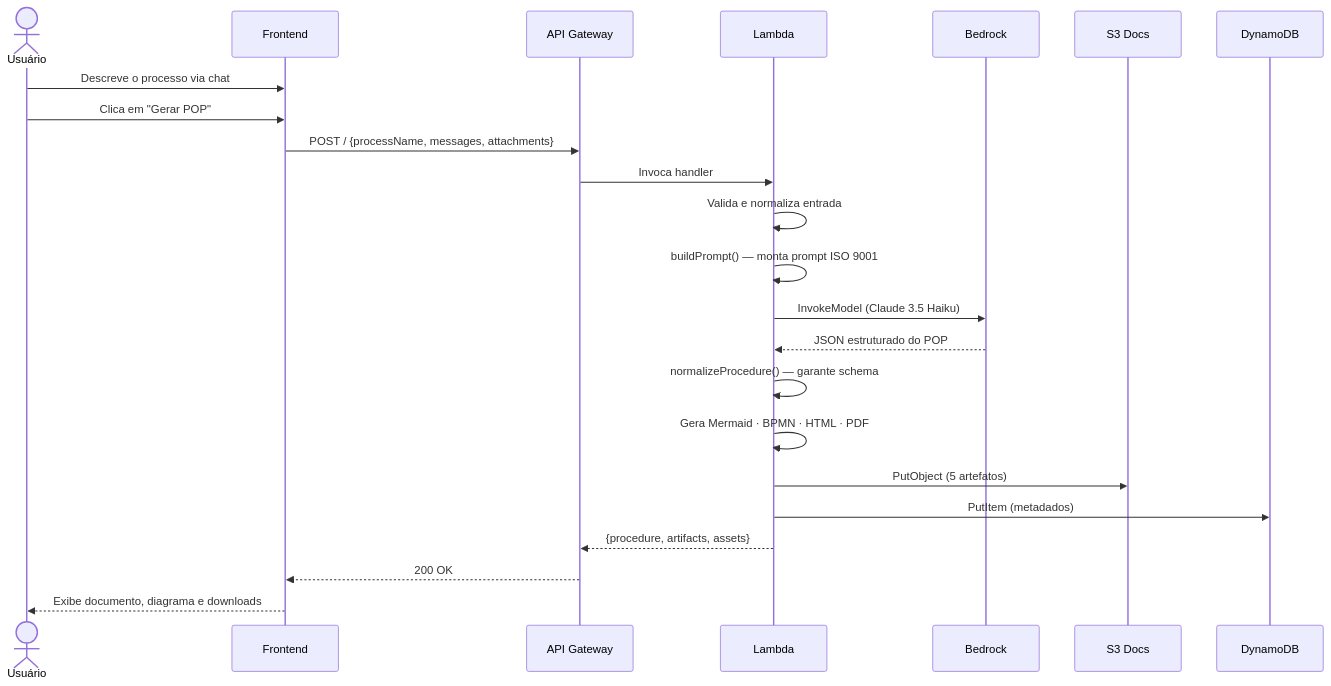
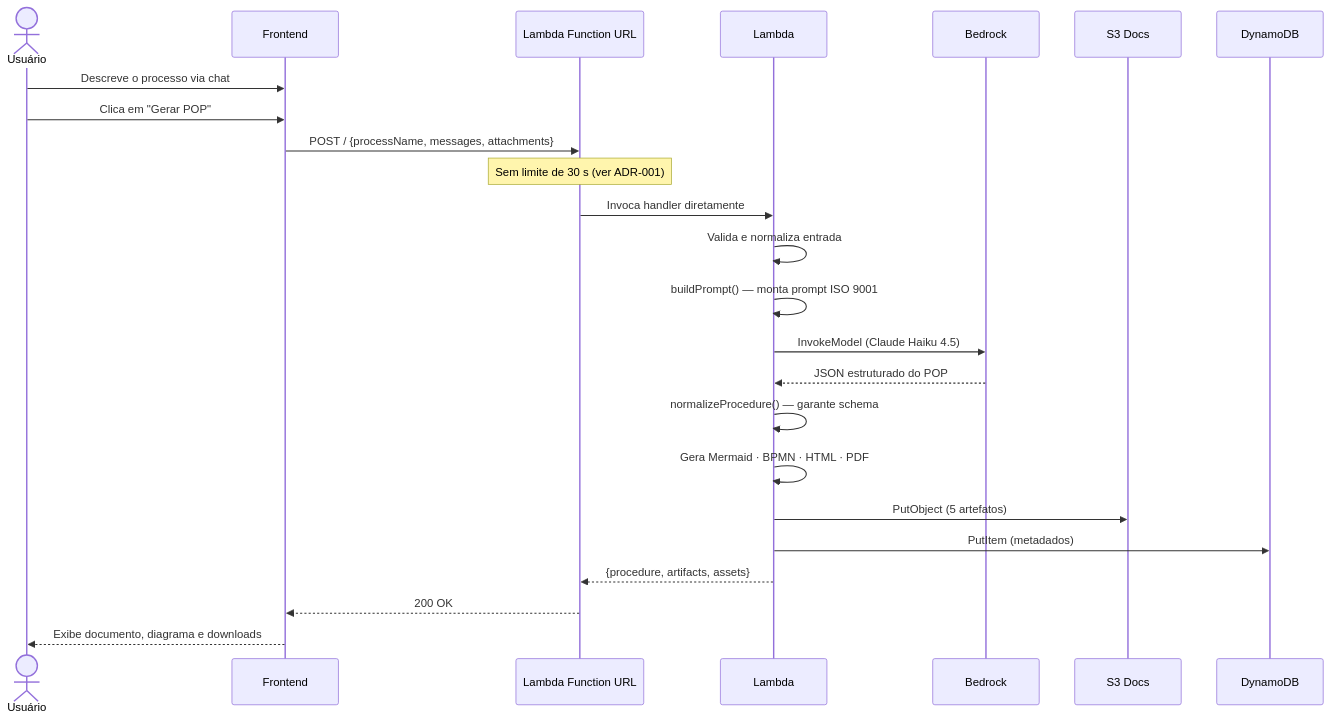
Before and after one commit to rafae1xavier/pop-ia: the fifth of 5 diagrams in README.md, drawn with Mermaid. The commit also changed other lines of this file and 1 other file, not shown here.

Commit message:
docs: atualizar README e criar ADR-001 (Lambda Function URL vs API Gateway)

````diff
--- a/README.md
+++ b/README.md
@@ -160,26 +160,27 @@
 ```mermaid
 sequenceDiagram
   actor U as Usuário
   participant FE as Frontend
-  participant GW as API Gateway
+  participant FU as Lambda Function URL
   participant LB as Lambda
   participant BR as Bedrock
   participant S3 as S3 Docs
   participant DB as DynamoDB
 
   U->>FE: Descreve o processo via chat
   U->>FE: Clica em "Gerar POP"
-  FE->>GW: POST / {processName, messages, attachments}
-  GW->>LB: Invoca handler
+  FE->>FU: POST / {processName, messages, attachments}
+  note over FU: Sem limite de 30 s (ver ADR-001)
+  FU->>LB: Invoca handler diretamente
   LB->>LB: Valida e normaliza entrada
   LB->>LB: buildPrompt() — monta prompt ISO 9001
-  LB->>BR: InvokeModel (Claude 3.5 Haiku)
+  LB->>BR: InvokeModel (Claude Haiku 4.5)
   BR-->>LB: JSON estruturado do POP
   LB->>LB: normalizeProcedure() — garante schema
   LB->>LB: Gera Mermaid · BPMN · HTML · PDF
   LB->>S3: PutObject (5 artefatos)
   LB->>DB: PutItem (metadados)
-  LB-->>GW: {procedure, artifacts, assets}
-  GW-->>FE: 200 OK
+  LB-->>FU: {procedure, artifacts, assets}
+  FU-->>FE: 200 OK
   FE-->>U: Exibe documento, diagrama e downloads
 ```
````
